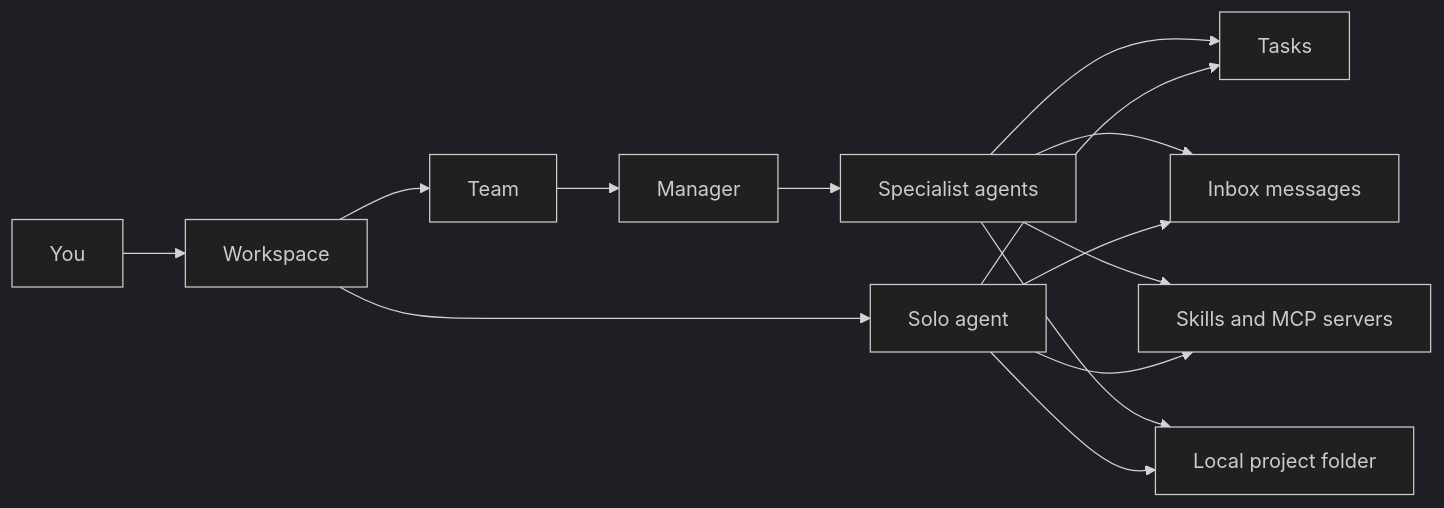
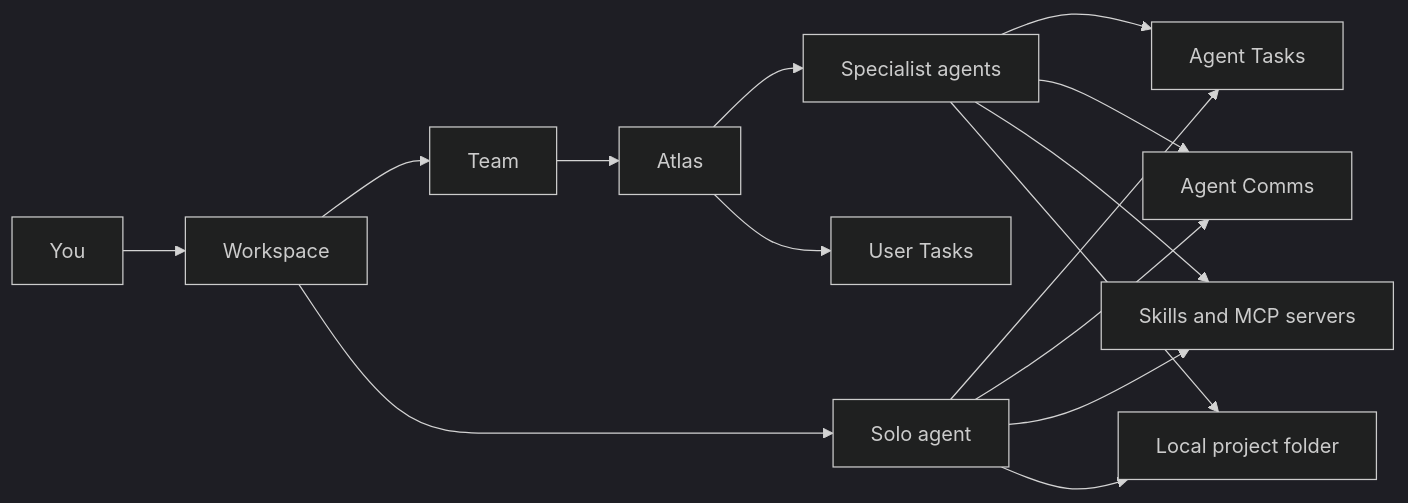
One commit to Syndicate-Labs-Inc/docs changed the diagram in features/overview.mdx. Above: the diagram before and after it, drawn with Mermaid (dark theme). The commit also changed other lines of this file and 26 other files, not shown here.

````diff
--- a/features/overview.mdx
+++ b/features/overview.mdx
@@ -68,16 +68,17 @@
 ```mermaid
 flowchart LR
   User["You"] --> Workspace["Workspace"]
   Workspace --> Team["Team"]
   Workspace --> Solo["Solo agent"]
-  Team --> Manager["Manager"]
+  Team --> Manager["Atlas"]
   Manager --> Agents["Specialist agents"]
-  Agents --> Tasks["Tasks"]
-  Agents --> Inbox["Inbox messages"]
+  Agents --> Tasks["Agent Tasks"]
+  Agents --> Inbox["Agent Comms"]
+  Manager --> UserTasks["User Tasks"]
   Agents --> Tools["Skills and MCP servers"]
   Agents --> Project["Local project folder"]
   Solo --> Tasks
   Solo --> Inbox
   Solo --> Tools
   Solo --> Project
 ```
````
